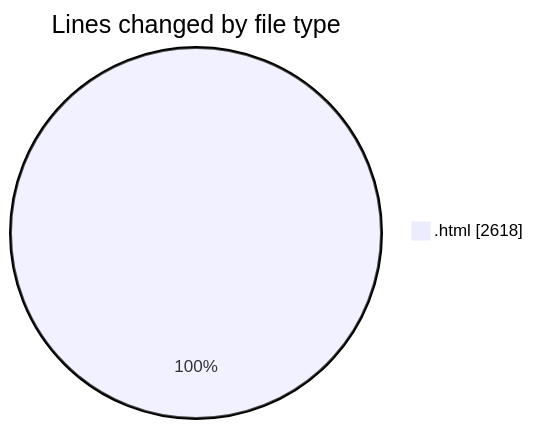
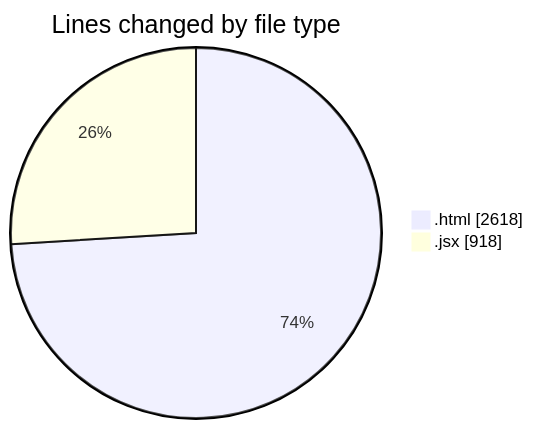
Before and after one commit to nxtqubesakshisongat/code-tracking: the first of 2 diagrams in 2025-08-08/nxtqube_webapp/README.md, drawn with Mermaid. The commit also changed other lines of this file and 1 other file, not shown here.

````diff
--- a/2025-08-08/nxtqube_webapp/README.md
+++ b/2025-08-08/nxtqube_webapp/README.md
@@ -20,5 +21,6 @@
 ```mermaid
 pie showData
 title Lines changed by file type
 ".html" : 2618
+".jsx" : 918
 ```
````
